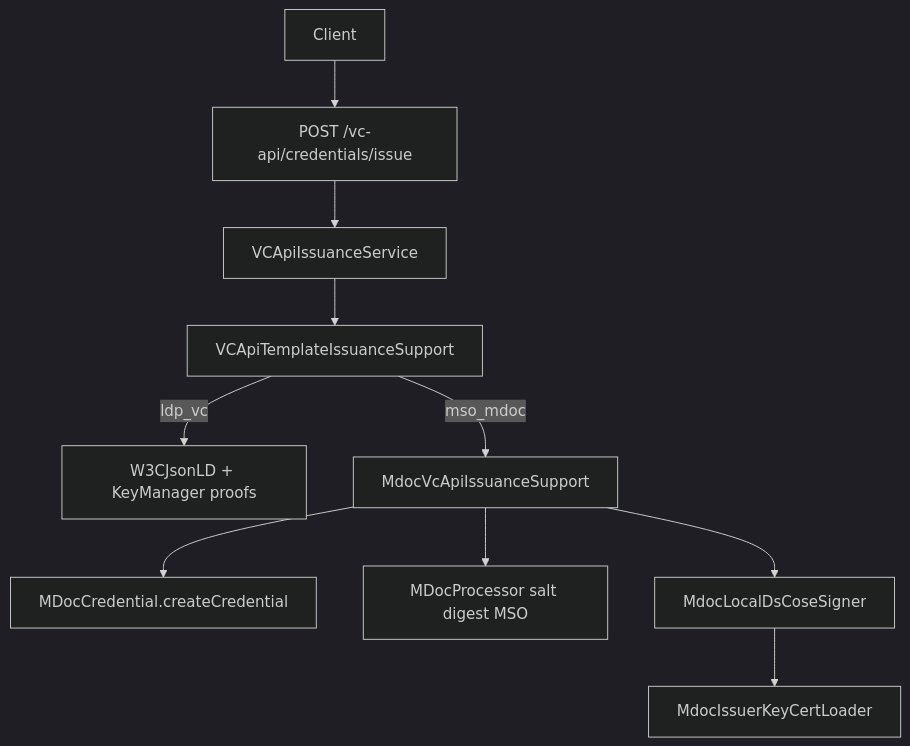
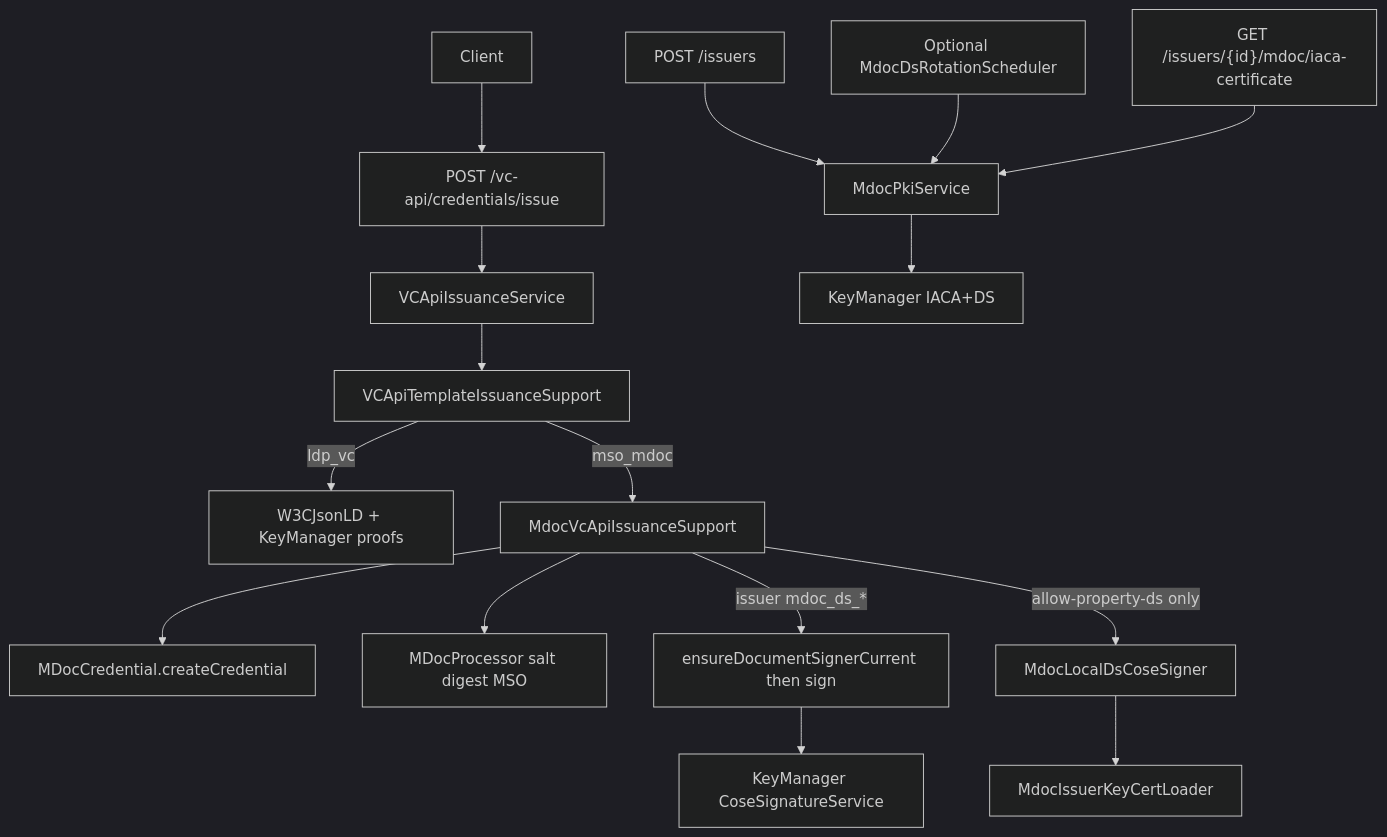
The diagram in docs/VC-API-mDoc-Support.md (ooru-digital/inji-certify), drawn with Mermaid (dark theme) before and after one commit. The commit also changed other lines of this file and 29 other files, not shown here.

Commit message:
Feature: Added the IACA, DS certificate creation during the issuer creation, w3c api to support the mdoc issuance w.r.t issuer DS.

````diff
--- a/docs/VC-API-mDoc-Support.md
+++ b/docs/VC-API-mDoc-Support.md
@@ -83,12 +137,18 @@
 ```mermaid
 flowchart TB
   Client --> VCAPI["POST /vc-api/credentials/issue"]
   VCAPI --> Svc[VCApiIssuanceService]
   Svc --> Support[VCApiTemplateIssuanceSupport]
   Support -->|ldp_vc| W3C[W3CJsonLD + KeyManager proofs]
   Support -->|mso_mdoc| MdocSupport[MdocVcApiIssuanceSupport]
   MdocSupport --> MDocCred[MDocCredential.createCredential]
   MdocSupport --> Proc[MDocProcessor salt digest MSO]
-  MdocSupport --> Signer[MdocLocalDsCoseSigner]
+  MdocSupport -->|issuer mdoc_ds_*| EnsDS[ensureDocumentSignerCurrent then sign]
+  EnsDS --> KmSign[KeyManager CoseSignatureService]
+  MdocSupport -->|allow-property-ds only| Signer[MdocLocalDsCoseSigner]
   Signer --> Loader[MdocIssuerKeyCertLoader]
+  Onboard["POST /issuers"] --> MdocPki[MdocPkiService]
+  MdocPki --> KM[KeyManager IACA+DS]
+  Cron["Optional MdocDsRotationScheduler"] --> MdocPki
+  VerifierOps["GET /issuers/{id}/mdoc/iaca-certificate"] --> MdocPki
 ```
````
